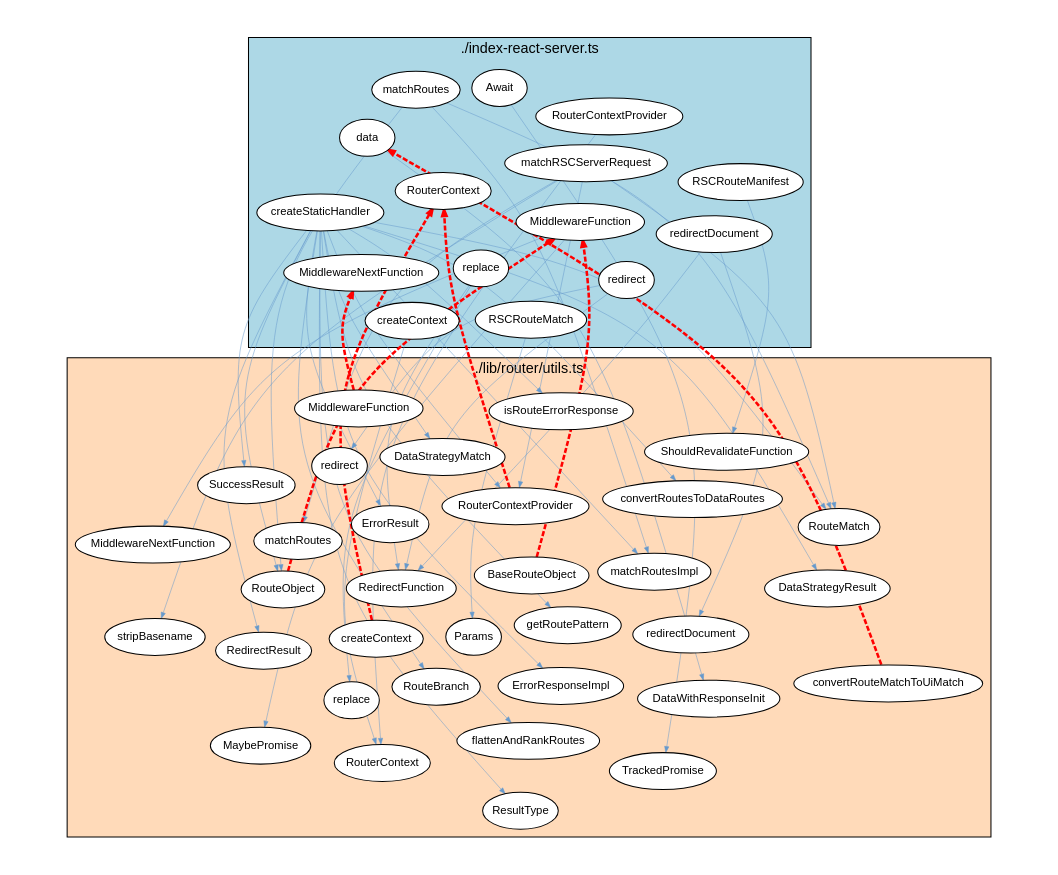
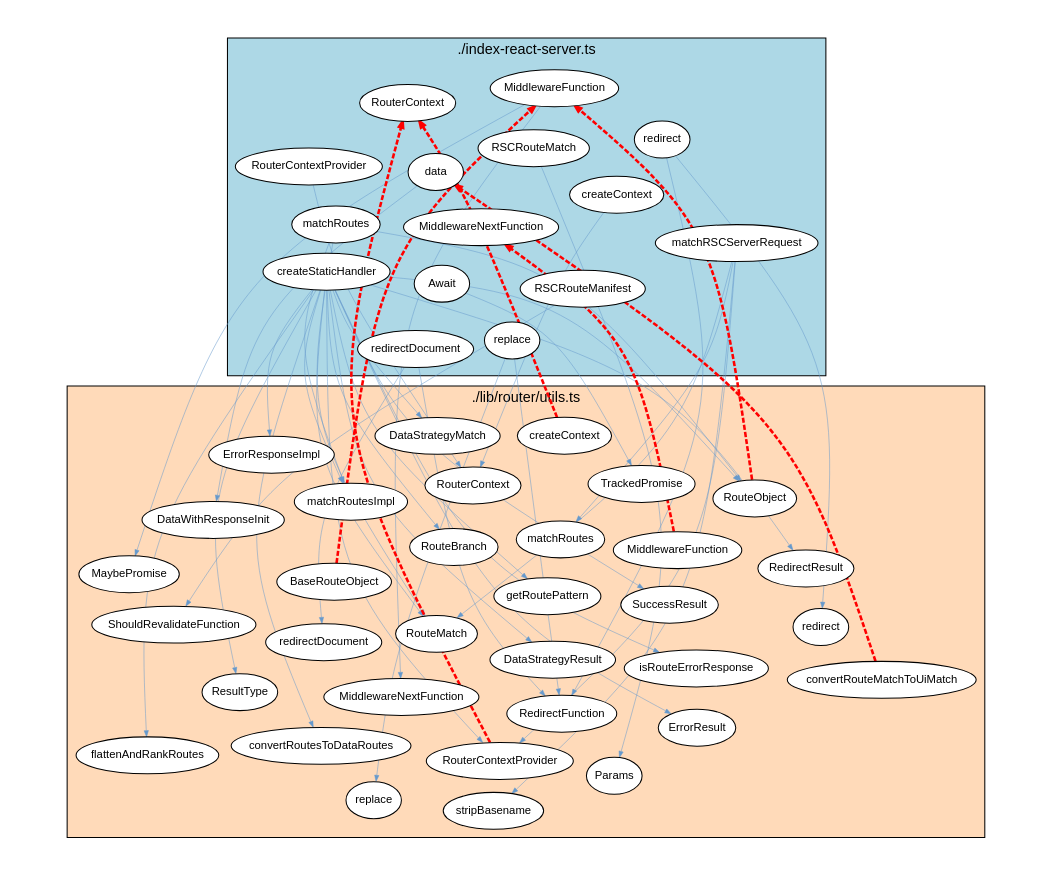
One commit to JohT/code-graph-analysis-examples changed the diagram in analysis-results/react-router/latest/cyclic-dependencies/Typescript_Module/Graph_Visualizations/graphviz/TypescriptModuleCyclicDependencies3.gv. Above: the diagram before and after it, drawn with Graphviz. The commit also changed other lines of this file and 351 other files, not shown here.

```diff
--- a/analysis-results/react-router/latest/cyclic-dependencies/Typescript_Module/Graph_Visualizations/graphviz/TypescriptModuleCyclicDependencies3.gv
+++ b/analysis-results/react-router/latest/cyclic-dependencies/Typescript_Module/Graph_Visualizations/graphviz/TypescriptModuleCyclicDependencies3.gv
@@ -1,111 +1,111 @@
 strict digraph cycle {
     graph [layout = "fdp"; start = "7"; splines = "curved"; pad = "0.8,0.4"; outputorder = "edgesfirst";];
     graph [fontname = "Helvetica,Arial,sans-serif"; labelloc = "t";];
     node [fontname = "Helvetica,Arial,sans-serif"; style = "filled"; fillcolor = "white";];
     node [fontsize = 11; margin = "0.05,0.05";];
     edge [fontsize = 9; arrowsize = "0.6";];
 
     subgraph cluster_package {
         label="./index-react-server.ts";
         style="filled";
         fillcolor="lightblue";
+        "RSCRouteMatch";
         "replace_pkg" [label="replace"];
-        "RSCRouteMatch";
         "MiddlewareFunction_pkg" [label="MiddlewareFunction"];
         "redirect_pkg" [label="redirect"];
         "RouterContext_pkg" [label="RouterContext"];
         "createStaticHandler";
         "MiddlewareNextFunction_pkg" [label="MiddlewareNextFunction"];
         "matchRSCServerRequest";
+        "RouterContextProvider_pkg" [label="RouterContextProvider"];
         "Await";
-        "RouterContextProvider_pkg" [label="RouterContextProvider"];
         "data";
         "matchRoutes_pkg" [label="matchRoutes"];
         "createContext_pkg" [label="createContext"];
         "redirectDocument_pkg" [label="redirectDocument"];
         "RSCRouteManifest";
     }
 
     subgraph cluster_dependent {
         label="./lib/router/utils.ts";
         style="filled";
         fillcolor="peachpuff";
+        "RedirectResult";
+        "stripBasename";
+        "replace_dep" [label="replace"];
         "flattenAndRankRoutes";
-        "replace_dep" [label="replace"];
-        "stripBasename";
-        "RedirectResult";
         "MiddlewareFunction_dep" [label="MiddlewareFunction"];
         "RouteBranch";
+        "convertRoutesToDataRoutes";
         "getRoutePattern";
-        "convertRoutesToDataRoutes";
-        "TrackedPromise";
         "ErrorResponseImpl";
         "ErrorResult";
         "RedirectFunction";
+        "TrackedPromise";
+        "RouterContext_dep" [label="RouterContext"];
         "matchRoutesImpl";
+        "DataWithResponseInit";
+        "isRouteErrorResponse";
         "redirect_dep" [label="redirect"];
-        "DataWithResponseInit";
-        "RouterContext_dep" [label="RouterContext"];
-        "isRouteErrorResponse";
         "convertRouteMatchToUiMatch";
         "MiddlewareNextFunction_dep" [label="MiddlewareNextFunction"];
         "SuccessResult";
+        "DataStrategyMatch";
         "ShouldRevalidateFunction";
-        "DataStrategyMatch";
         "ResultType";
         "RouterContextProvider_dep" [label="RouterContextProvider"];
         "RouteMatch";
         "matchRoutes_dep" [label="matchRoutes"];
         "BaseRouteObject";
         "redirectDocument_dep" [label="redirectDocument"];
         "createContext_dep" [label="createContext"];
+        "Params";
         "DataStrategyResult";
-        "Params";
         "MaybePromise";
         "RouteObject";
     }
 
+    "createStaticHandler" -> "ErrorResponseImpl" [color="#6699CC"; penwidth="0.5"];
+    "createStaticHandler" -> "RouterContextProvider_dep" [color="#6699CC"; penwidth="0.5"];
+    "matchRSCServerRequest" -> "RouterContextProvider_dep" [color="#6699CC"; penwidth="0.5"];
     "replace_pkg" -> "replace_dep" [color="#6699CC"; penwidth="0.5"];
-    "createStaticHandler" -> "ErrorResponseImpl" [color="#6699CC"; penwidth="0.5"];
-    "matchRSCServerRequest" -> "RouterContextProvider_dep" [color="#6699CC"; penwidth="0.5"];
-    "createStaticHandler" -> "RouterContextProvider_dep" [color="#6699CC"; penwidth="0.5"];
     "createStaticHandler" -> "flattenAndRankRoutes" [color="#6699CC"; penwidth="0.5"];
+    "matchRoutes_pkg" -> "RouteObject" [color="#6699CC"; penwidth="0.5"];
     "redirect_pkg" -> "redirect_dep" [color="#6699CC"; penwidth="0.5"];
-    "matchRoutes_pkg" -> "RouteObject" [color="#6699CC"; penwidth="0.5"];
+    "redirectDocument_pkg" -> "redirectDocument_dep" [color="#6699CC"; penwidth="0.5"];
+    "createStaticHandler" -> "SuccessResult" [color="#6699CC"; penwidth="0.5"];
+    "createStaticHandler" -> "RedirectResult" [color="#6699CC"; penwidth="0.5"];
     "matchRSCServerRequest" -> "RouteMatch" [color="#6699CC"; penwidth="0.5"];
-    "createStaticHandler" -> "SuccessResult" [color="#6699CC"; penwidth="0.5"];
-    "redirectDocument_pkg" -> "redirectDocument_dep" [color="#6699CC"; penwidth="0.5"];
     "matchRSCServerRequest" -> "matchRoutes_dep" [color="#6699CC"; penwidth="0.5"];
-    "createStaticHandler" -> "RedirectResult" [color="#6699CC"; penwidth="0.5"];
+    "RouterContextProvider_pkg" -> "RouterContext_dep" [color="#6699CC"; penwidth="0.5"];
+    "createStaticHandler" -> "DataStrategyMatch" [color="#6699CC"; penwidth="0.5"];
+    "createStaticHandler" -> "isRouteErrorResponse" [color="#6699CC"; penwidth="0.5"];
     "RSCRouteManifest" -> "ShouldRevalidateFunction" [color="#6699CC"; penwidth="0.5"];
-    "RouterContextProvider_pkg" -> "RouterContext_dep" [color="#6699CC"; penwidth="0.5"];
-    "createStaticHandler" -> "isRouteErrorResponse" [color="#6699CC"; penwidth="0.5"];
-    "createStaticHandler" -> "DataStrategyMatch" [color="#6699CC"; penwidth="0.5"];
+    "createContext_pkg" -> "RouterContext_dep" [color="#6699CC"; penwidth="0.5"];
+    "RSCRouteMatch" -> "Params" [color="#6699CC"; penwidth="0.5"];
     "matchRoutes_pkg" -> "RouteMatch" [color="#6699CC"; penwidth="0.5"];
-    "createContext_pkg" -> "RouterContext_dep" [color="#6699CC"; penwidth="0.5"];
     "createStaticHandler" -> "convertRoutesToDataRoutes" [color="#6699CC"; penwidth="0.5"];
-    "RSCRouteMatch" -> "Params" [color="#6699CC"; penwidth="0.5"];
+    "createStaticHandler" -> "ResultType" [color="#6699CC"; penwidth="0.5"];
     "Await" -> "TrackedPromise" [color="#6699CC"; penwidth="0.5"];
-    "createStaticHandler" -> "ResultType" [color="#6699CC"; penwidth="0.5"];
+    "replace_pkg" -> "RedirectFunction" [color="#6699CC"; penwidth="0.5"];
+    "matchRSCServerRequest" -> "stripBasename" [color="#6699CC"; penwidth="0.5"];
     "createStaticHandler" -> "RouteMatch" [color="#6699CC"; penwidth="0.5"];
     "createStaticHandler" -> "RouteBranch" [color="#6699CC"; penwidth="0.5"];
-    "matchRSCServerRequest" -> "stripBasename" [color="#6699CC"; penwidth="0.5"];
-    "replace_pkg" -> "RedirectFunction" [color="#6699CC"; penwidth="0.5"];
     "matchRoutes_pkg" -> "matchRoutesImpl" [color="#6699CC"; penwidth="0.5"];
     "redirectDocument_pkg" -> "RedirectFunction" [color="#6699CC"; penwidth="0.5"];
     "data" -> "DataWithResponseInit" [color="#6699CC"; penwidth="0.5"];
     "createStaticHandler" -> "RouteObject" [color="#6699CC"; penwidth="0.5"];
+    "redirect_pkg" -> "RedirectFunction" [color="#6699CC"; penwidth="0.5"];
     "createStaticHandler" -> "getRoutePattern" [color="#6699CC"; penwidth="0.5"];
-    "redirect_pkg" -> "RedirectFunction" [color="#6699CC"; penwidth="0.5"];
+    "MiddlewareFunction_pkg" -> "MaybePromise" [color="#6699CC"; penwidth="0.5"];
+    "MiddlewareFunction_pkg" -> "MiddlewareNextFunction_dep" [color="#6699CC"; penwidth="0.5"];
     "createStaticHandler" -> "DataStrategyResult" [color="#6699CC"; penwidth="0.5"];
-    "MiddlewareFunction_pkg" -> "MiddlewareNextFunction_dep" [color="#6699CC"; penwidth="0.5"];
-    "MiddlewareFunction_pkg" -> "MaybePromise" [color="#6699CC"; penwidth="0.5"];
+    "createStaticHandler" -> "ErrorResult" [color="#6699CC"; penwidth="0.5"];
     "createStaticHandler" -> "matchRoutesImpl" [color="#6699CC"; penwidth="0.5"];
-    "createStaticHandler" -> "ErrorResult" [color="#6699CC"; penwidth="0.5"];
     "RouteObject" -> "MiddlewareFunction_pkg" [color="red"; penwidth="2.5"; style="dashed";];
     "RouterContextProvider_dep" -> "RouterContext_pkg" [color="red"; penwidth="2.5"; style="dashed";];
     "createContext_dep" -> "RouterContext_pkg" [color="red"; penwidth="2.5"; style="dashed";];
     "BaseRouteObject" -> "MiddlewareFunction_pkg" [color="red"; penwidth="2.5"; style="dashed";];
     "convertRouteMatchToUiMatch" -> "data" [color="red"; penwidth="2.5"; style="dashed";];
     "MiddlewareFunction_dep" -> "MiddlewareNextFunction_pkg" [color="red"; penwidth="2.5"; style="dashed";];
 }
```
